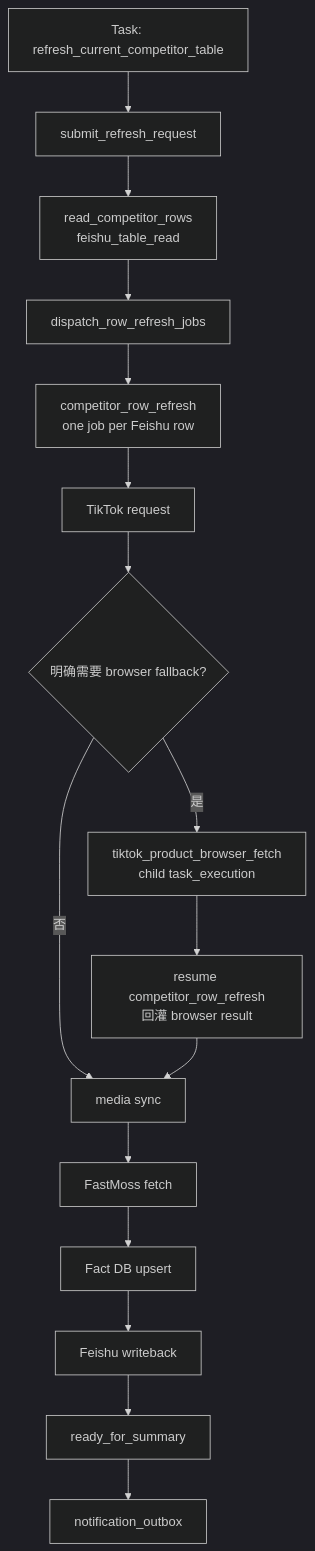
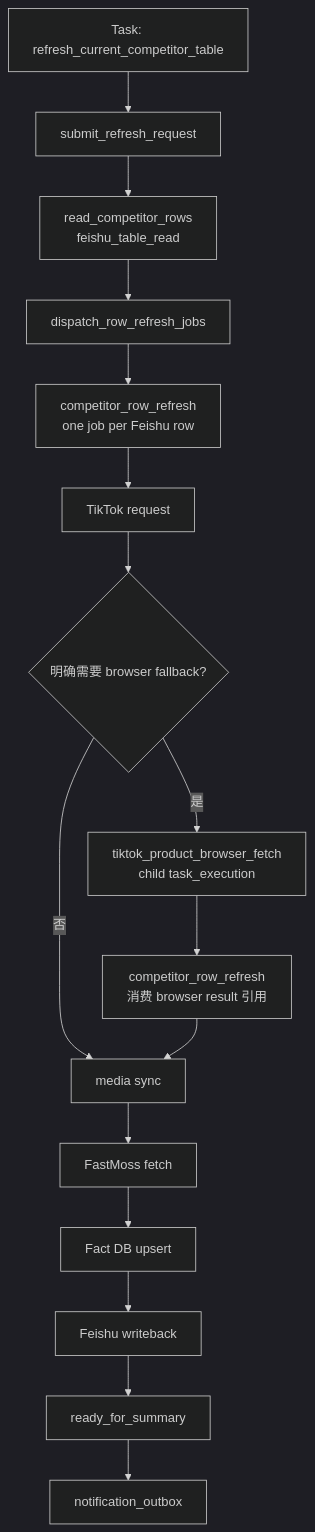
One commit to knighterrantsky/mujitask changed the first of 5 diagrams in docs/arch/workflow-competitor-table-design.md. Above: the diagram before and after it, drawn with Mermaid (dark theme). The commit also changed other lines of this file and 89 other files, not shown here.

````diff
--- a/docs/arch/workflow-competitor-table-design.md
+++ b/docs/arch/workflow-competitor-table-design.md
@@ -35,18 +35,18 @@
 ```mermaid
 flowchart TD
     A["Task: refresh_current_competitor_table"] --> B["submit_refresh_request"]
     B --> C["read_competitor_rows<br/>feishu_table_read"]
     C --> D["dispatch_row_refresh_jobs"]
     D --> E["competitor_row_refresh<br/>one job per Feishu row"]
     E --> F["TikTok request"]
     F --> G{"明确需要 browser fallback?"}
     G -->|是| H["tiktok_product_browser_fetch<br/>child task_execution"]
     G -->|否| I["media sync"]
-    H --> H2["resume competitor_row_refresh<br/>回灌 browser result"]
+    H --> H2["competitor_row_refresh<br/>消费 browser result 引用"]
     H2 --> I
     I --> J["FastMoss fetch"]
     J --> K["Fact DB upsert"]
     K --> L["Feishu writeback"]
     L --> M["ready_for_summary"]
     M --> N["notification_outbox"]
 ```
````
